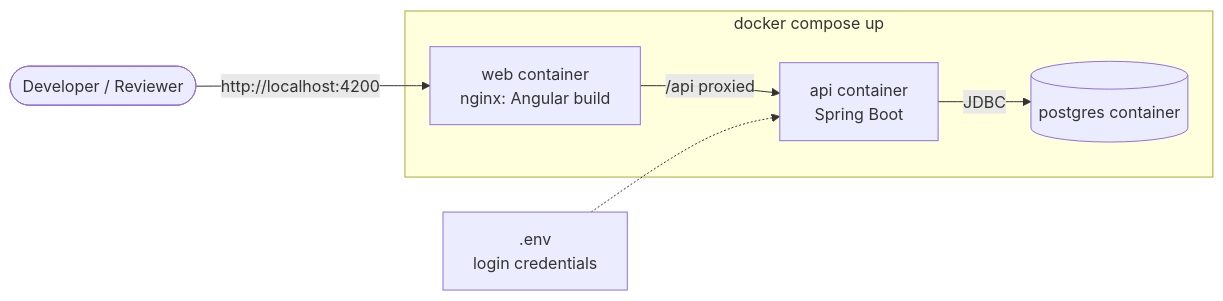
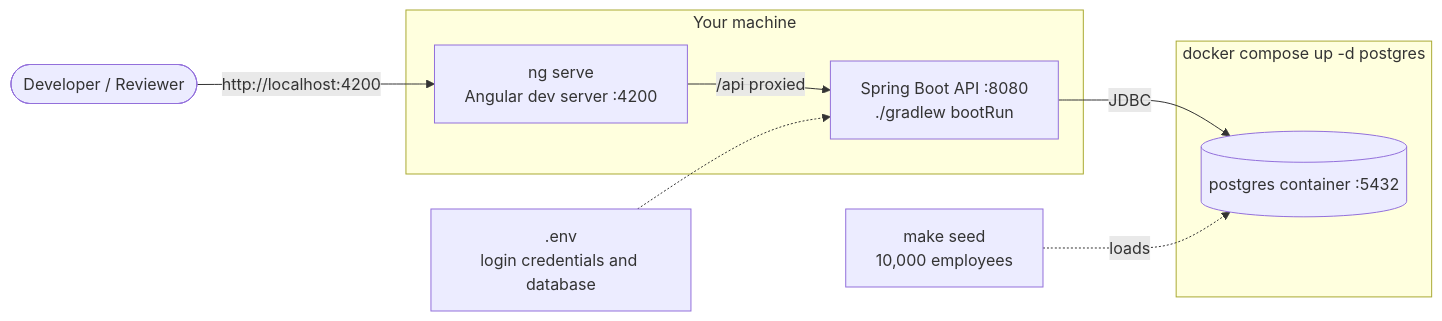
The fifth of 5 diagrams in docs/architecture/architecture.md (Rameshkumarsgp/acme-people-management), drawn with Mermaid before and after one commit. The commit also changed other lines of this file and 4 other files, not shown here.

Commit message:
fix(ui): format the headcount, and bring the architecture docs up to date

````diff
--- a/docs/architecture/architecture.md
+++ b/docs/architecture/architecture.md
@@ -84,13 +124,16 @@
 ```mermaid
 flowchart LR
     Dev([Developer / Reviewer])
-    subgraph Compose["docker compose up"]
-        Web["web container<br/>nginx: Angular build"]
-        Api["api container<br/>Spring Boot"]
-        PG[("postgres container")]
+    subgraph Host["Your machine"]
+        Web["ng serve<br/>Angular dev server :4200"]
+        Api["Spring Boot API :8080<br/>./gradlew bootRun"]
+    end
+    subgraph Compose["docker compose up -d postgres"]
+        PG[("postgres container :5432")]
     end
     Dev -->|http://localhost:4200| Web
     Web -->|"/api proxied"| Api
     Api -->|JDBC| PG
-    Env[".env<br/>login credentials"] -.-> Api
+    Env[".env<br/>login credentials and database"] -.-> Api
+    Seed["make seed<br/>10,000 employees"] -.->|loads| PG
 ```
````
